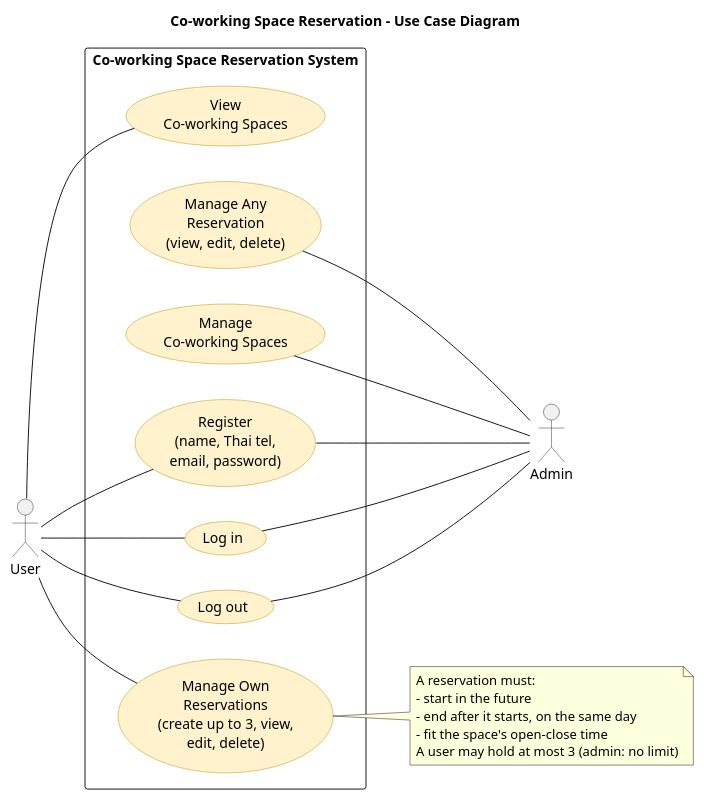
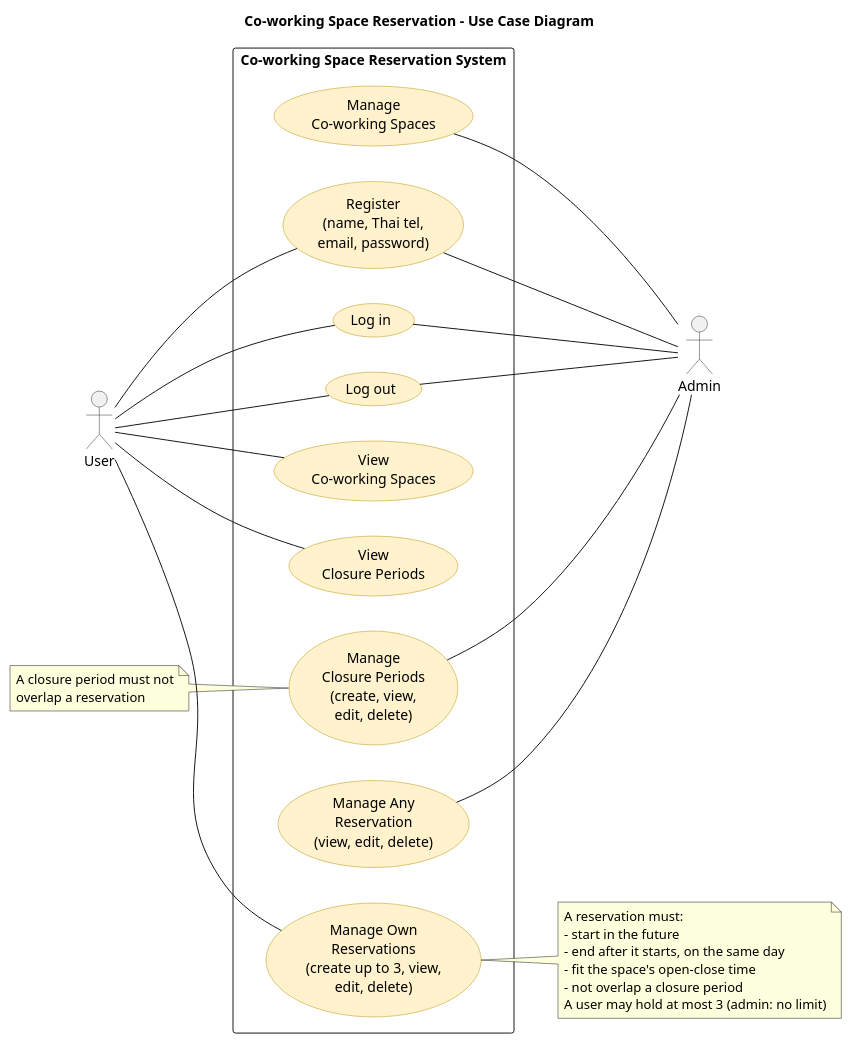
The diagram in docs/diagrams/usecase.puml (TonBoonchai/Co-working-Space-Reservation), drawn with PlantUML before and after one commit. The commit also changed 30 other files, not shown here.

Commit message:
feat: add closure periods for co-working spaces

```diff
--- a/docs/diagrams/usecase.puml
+++ b/docs/diagrams/usecase.puml
@@ -1,43 +1,53 @@
 @startuml
 title Co-working Space Reservation - Use Case Diagram
 left to right direction
 skinparam packageStyle rectangle
 skinparam usecase {
   BackgroundColor #FFF2CC
   BorderColor #B7950B
 }
 skinparam actorBorderColor #333333
 
 actor "User" as user
 actor "Admin" as admin
 
 rectangle "Co-working Space Reservation System" {
   usecase "Register\n(name, Thai tel,\nemail, password)" as register
   usecase "Log in" as login
   usecase "Log out" as logout
   usecase "View\nCo-working Spaces" as viewSpaces
+  usecase "View\nClosure Periods" as viewClosures
   usecase "Manage Own\nReservations\n(create up to 3, view,\nedit, delete)" as manageOwn
   usecase "Manage Any\nReservation\n(view, edit, delete)" as manageAny
   usecase "Manage\nCo-working Spaces" as manageSpaces
+  usecase "Manage\nClosure Periods\n(create, view,\nedit, delete)" as manageClosures
 }
 
 user -- register
 user -- login
 user -- logout
 user -- viewSpaces
+user -- viewClosures
 user -- manageOwn
 
 register -- admin
 login -- admin
 logout -- admin
 manageAny -- admin
 manageSpaces -- admin
+manageClosures -- admin
 
 note right of manageOwn
   A reservation must:
   - start in the future
   - end after it starts, on the same day
   - fit the space's open-close time
+  - not overlap a closure period
   A user may hold at most 3 (admin: no limit)
 end note
+
+note left of manageClosures
+  A closure period must not
+  overlap a reservation
+end note
 @enduml
```
